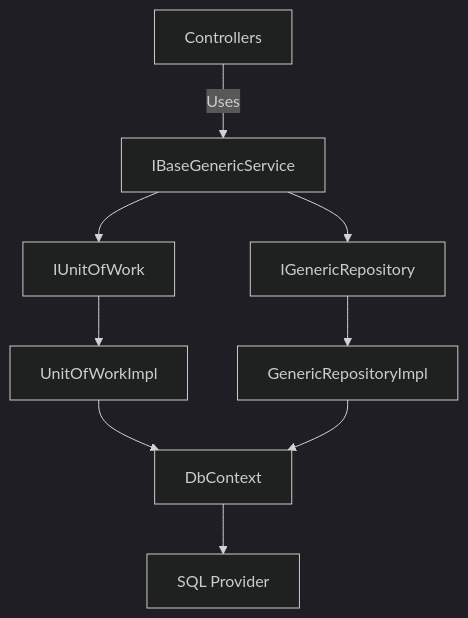
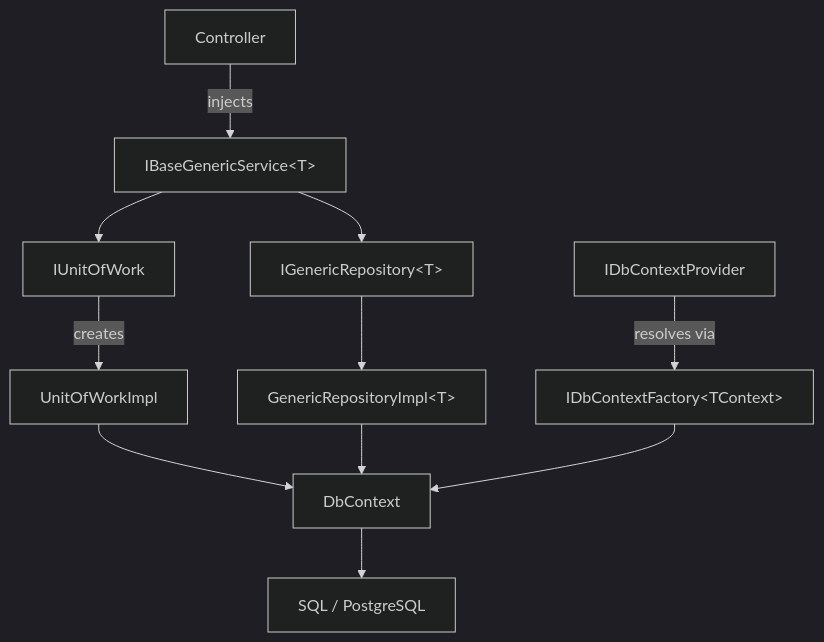
The diagram in README.md (CesarSoftNica175/DynamicDataCore), drawn with Mermaid (dark theme) before and after one commit. The commit also changed other lines of this file and 9 other files, not shown here.

````diff
--- a/README.md
+++ b/README.md
@@ -37,11 +274,13 @@
 ```mermaid
 flowchart TD
-    Controllers -->|Uses| GenericService[IBaseGenericService<T>]
-    GenericService --> UnitOfWork[IUnitOfWork]
-    GenericService --> Repository[IGenericRepository<T>]
-    UnitOfWork --> UnitOfWorkImpl[UnitOfWorkImpl]
-    Repository --> RepositoryImpl[GenericRepositoryImpl<T>]
-    UnitOfWorkImpl --> DbContext[DbContext]
-    RepositoryImpl --> DbContext
-    DbContext --> SQL[SQL Provider]
+    Controller -->|injects| Service[IBaseGenericService&lt;T&gt;]
+    Service --> UoW[IUnitOfWork]
+    Service --> Repo[IGenericRepository&lt;T&gt;]
+    UoW -->|creates| UoWImpl[UnitOfWorkImpl]
+    Repo --> RepoImpl[GenericRepositoryImpl&lt;T&gt;]
+    UoWImpl --> DbContext
+    RepoImpl --> DbContext
+    Provider[IDbContextProvider] -->|resolves via| Factory[IDbContextFactory&lt;TContext&gt;]
+    Factory --> DbContext
+    DbContext --> SQL[SQL / PostgreSQL]
 ```
````
